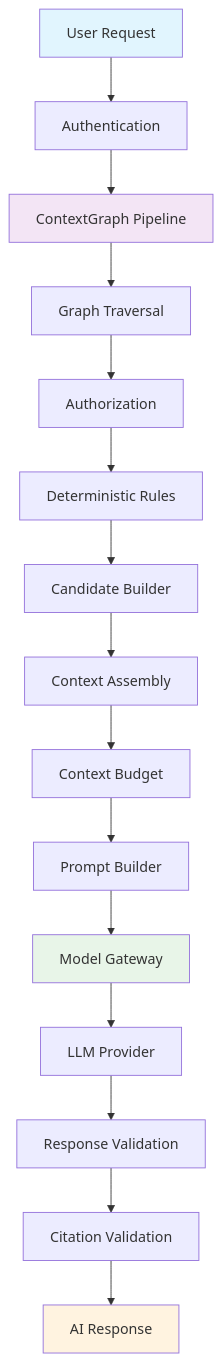
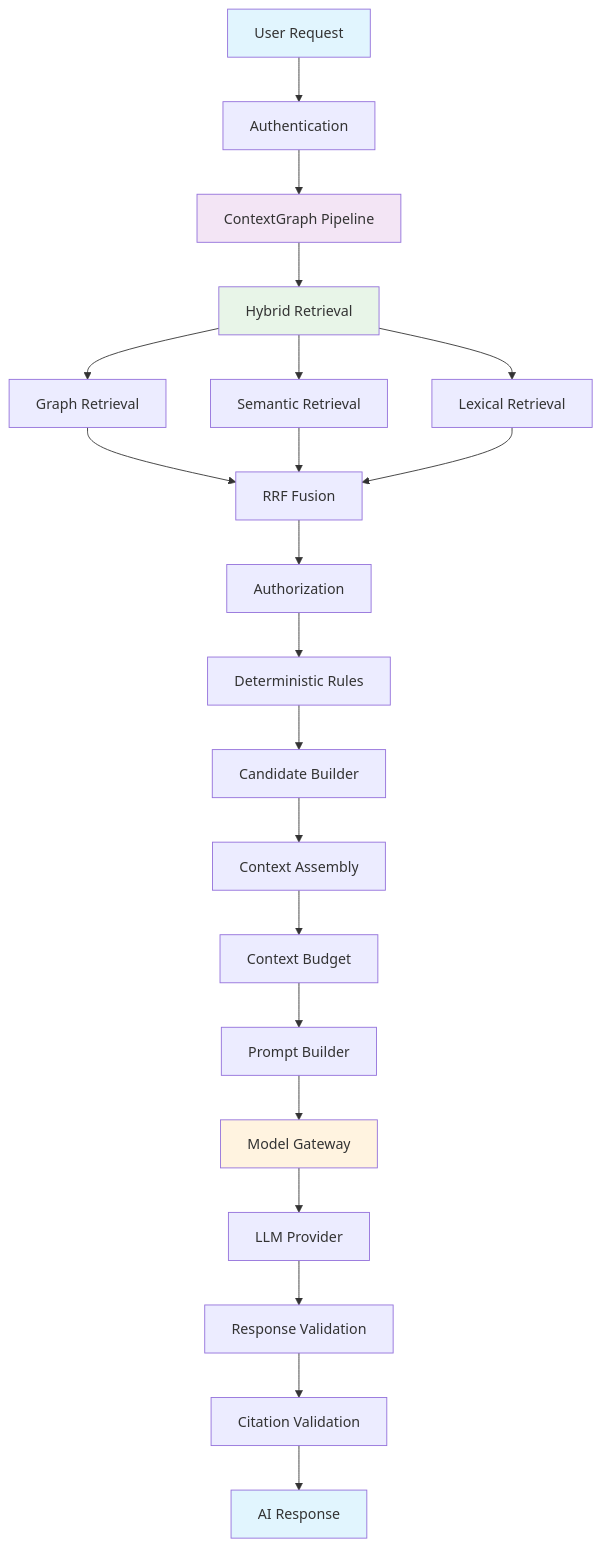
One commit to devhimanshuu/Context-Graph changed the first of 6 diagrams in docs/ai-architecture.md. Above: the diagram before and after it, drawn with Mermaid. The commit also changed other lines of this file and 28 other files, not shown here.

````diff
--- a/docs/ai-architecture.md
+++ b/docs/ai-architecture.md
@@ -13,22 +13,29 @@
 ```mermaid
 flowchart TD
     A[User Request] --> B[Authentication]
     B --> C[ContextGraph Pipeline]
-    C --> D[Graph Traversal]
-    D --> E[Authorization]
-    E --> F[Deterministic Rules]
-    F --> G[Candidate Builder]
-    G --> H[Context Assembly]
-    H --> I[Context Budget]
-    I --> J[Prompt Builder]
-    J --> K[Model Gateway]
-    K --> L[LLM Provider]
-    L --> M[Response Validation]
-    M --> N[Citation Validation]
-    N --> O[AI Response]
+    C --> D[Hybrid Retrieval]
+    D --> D1[Graph Retrieval]
+    D --> D2[Semantic Retrieval]
+    D --> D3[Lexical Retrieval]
+    D1 --> E[RRF Fusion]
+    D2 --> E
+    D3 --> E
+    E --> F[Authorization]
+    F --> G[Deterministic Rules]
+    G --> H[Candidate Builder]
+    H --> I[Context Assembly]
+    I --> J[Context Budget]
+    J --> K[Prompt Builder]
+    K --> L[Model Gateway]
+    L --> M[LLM Provider]
+    M --> N[Response Validation]
+    N --> O[Citation Validation]
+    O --> P[AI Response]
 
     style A fill:#e1f5fe
     style C fill:#f3e5f5
-    style K fill:#e8f5e8
-    style O fill:#fff3e0
+    style D fill:#e8f5e8
+    style L fill:#fff3e0
+    style P fill:#e1f5fe
 ```
````
